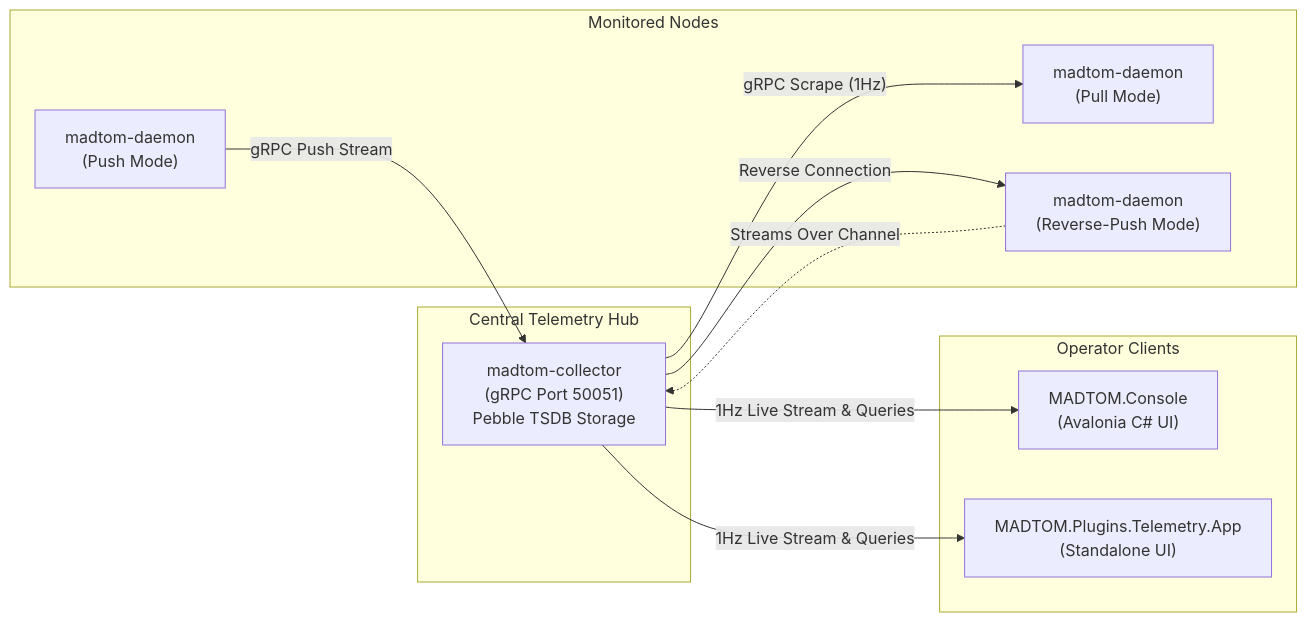
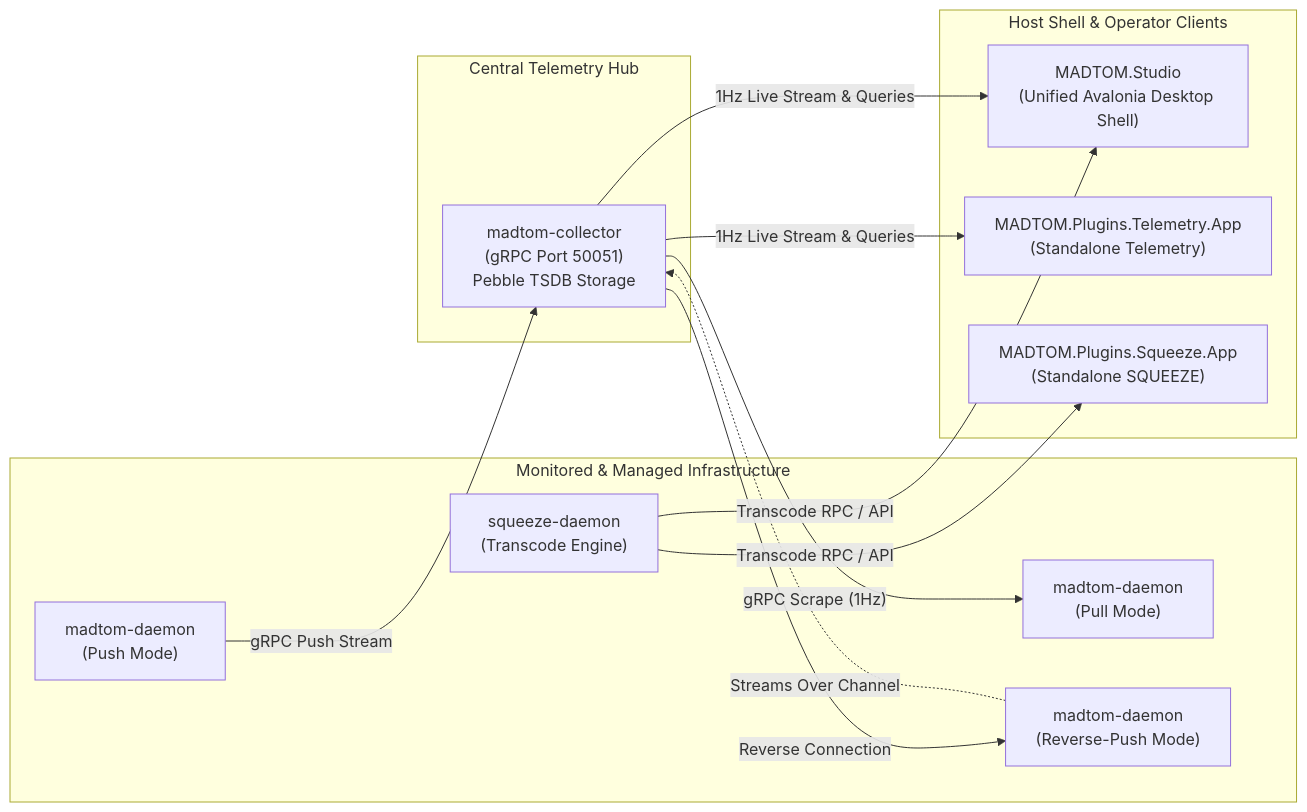
The diagram in README.md (DarkDuck007/MadTOM), drawn with Mermaid before and after one commit. The commit also changed other lines of this file and 90 other files, not shown here.

````diff
--- a/README.md
+++ b/README.md
@@ -5,24 +5,28 @@
 ```mermaid
 graph LR
-    subgraph Monitored Nodes
+    subgraph Monitored & Managed Infrastructure
         D1["madtom-daemon<br/>(Push Mode)"]
         D2["madtom-daemon<br/>(Pull Mode)"]
         D3["madtom-daemon<br/>(Reverse-Push Mode)"]
+        SQD["squeeze-daemon<br/>(Transcode Engine)"]
     end
 
     subgraph Central Telemetry Hub
         C["madtom-collector<br/>(gRPC Port 50051)<br/>Pebble TSDB Storage"]
     end
 
-    subgraph Operator Clients
-        UI["MADTOM.Console<br/>(Avalonia C# UI)"]
-        APP["MADTOM.Plugins.Telemetry.App<br/>(Standalone UI)"]
+    subgraph Host Shell & Operator Clients
+        UI["MADTOM.Studio<br/>(Unified Avalonia Desktop Shell)"]
+        APP1["MADTOM.Plugins.Telemetry.App<br/>(Standalone Telemetry)"]
+        APP2["MADTOM.Plugins.Squeeze.App<br/>(Standalone SQUEEZE)"]
     end
 
     D1 -->|"gRPC Push Stream"| C
     C -->|"gRPC Scrape (1Hz)"| D2
     C -->|"Reverse Connection"| D3
     D3 -.->|"Streams Over Channel"| C
     C -->|"1Hz Live Stream & Queries"| UI
-    C -->|"1Hz Live Stream & Queries"| APP
+    C -->|"1Hz Live Stream & Queries"| APP1
+    SQD -->|"Transcode RPC / API"| UI
+    SQD -->|"Transcode RPC / API"| APP2
 ```
````
